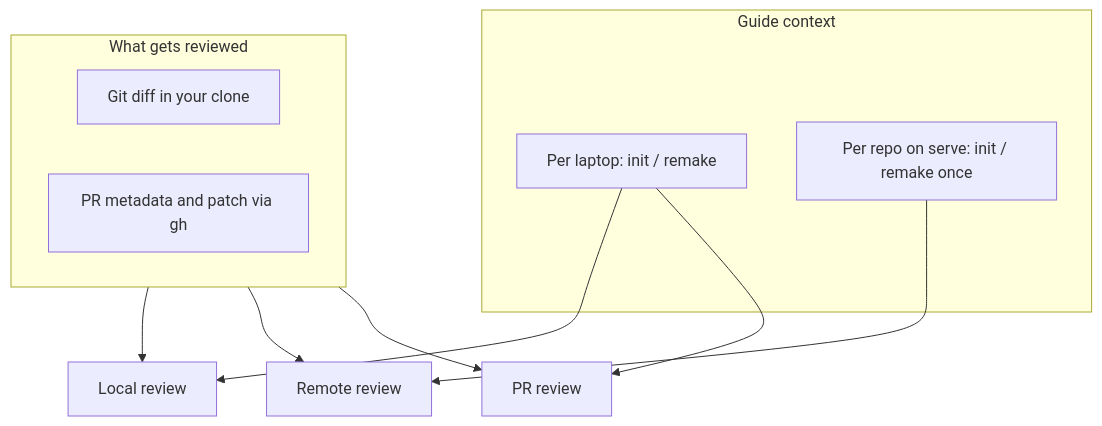
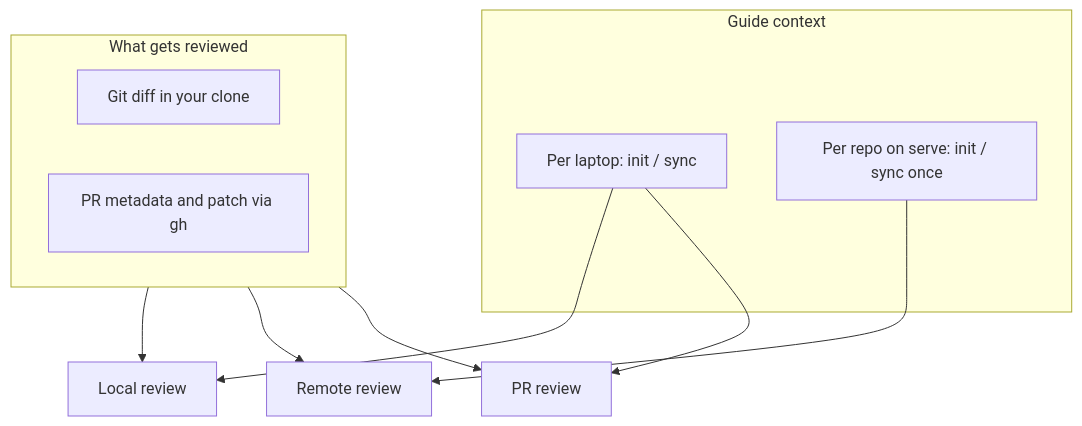
The second of 2 diagrams in docs/md/review.md (GroophyLifefor/co-maintainer), drawn with Mermaid before and after one commit. The commit also changed other lines of this file and 40 other files, not shown here.

First line of the commit message:
Rename the user-facing remake command to sync

````diff
--- a/docs/md/review.md
+++ b/docs/md/review.md
@@ -41,21 +41,21 @@
 ```mermaid
 flowchart TB
   subgraph context["Guide context"]
-    disk["Per laptop: init / remake"]
-    shared["Per repo on serve: init / remake once"]
+    disk["Per laptop: init / sync"]
+    shared["Per repo on serve: init / sync once"]
   end
 
   subgraph subject["What gets reviewed"]
     direction LR
     diff["Git diff in your clone"]
     pr["PR metadata and patch via gh"]
   end
 
   diff --> localN["Local review"]
   diff --> remoteN["Remote review"]
   pr --> prN["PR review"]
 
   disk --> localN
   disk --> prN
   shared --> remoteN
 ```
````
